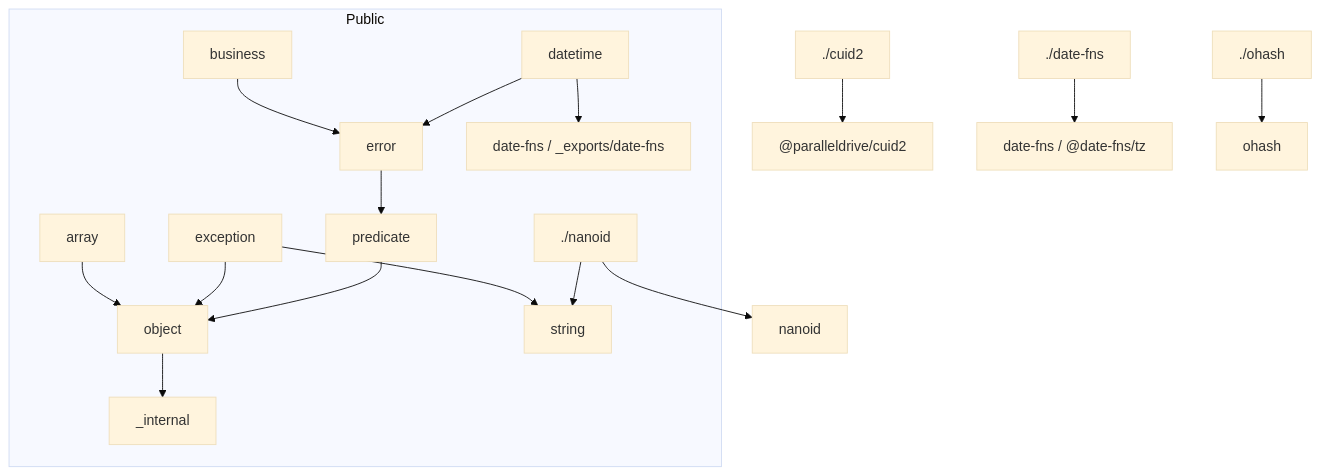
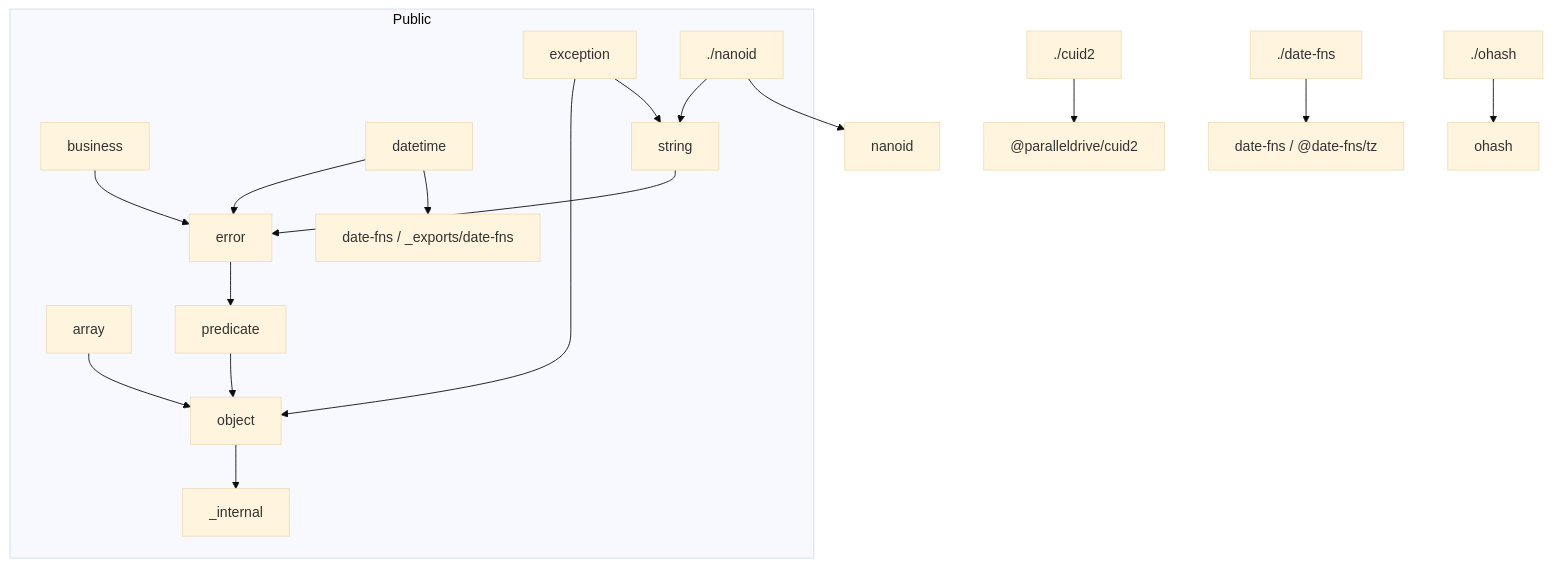
One commit to bingtsingw/xstools-open changed the diagram in .agents/docs/architecture.md. Above: the diagram before and after it, drawn with Mermaid (base theme). The commit also changed other lines of this file and 4 other files, not shown here.

````diff
--- a/.agents/docs/architecture.md
+++ b/.agents/docs/architecture.md
@@ -62,20 +62,21 @@
 ```mermaid
 flowchart TB
   subgraph public [Public]
     array --> object
     business --> error
     datetime --> error
     datetime --> date_fns_src["date-fns / _exports/date-fns"]
+    string --> error
     exception --> object
     exception --> string
     error --> predicate
     predicate --> object
     object --> internal["_internal"]
     nanoid_exp["./nanoid"] --> string
   end
 
   cuid2_exp["./cuid2"] --> cuid2lib["@paralleldrive/cuid2"]
   date_fns_exp["./date-fns"] --> datefns["date-fns / @date-fns/tz"]
   nanoid_exp --> nanoidlib[nanoid]
   ohash_exp["./ohash"] --> ohashlib[ohash]
 ```
````
